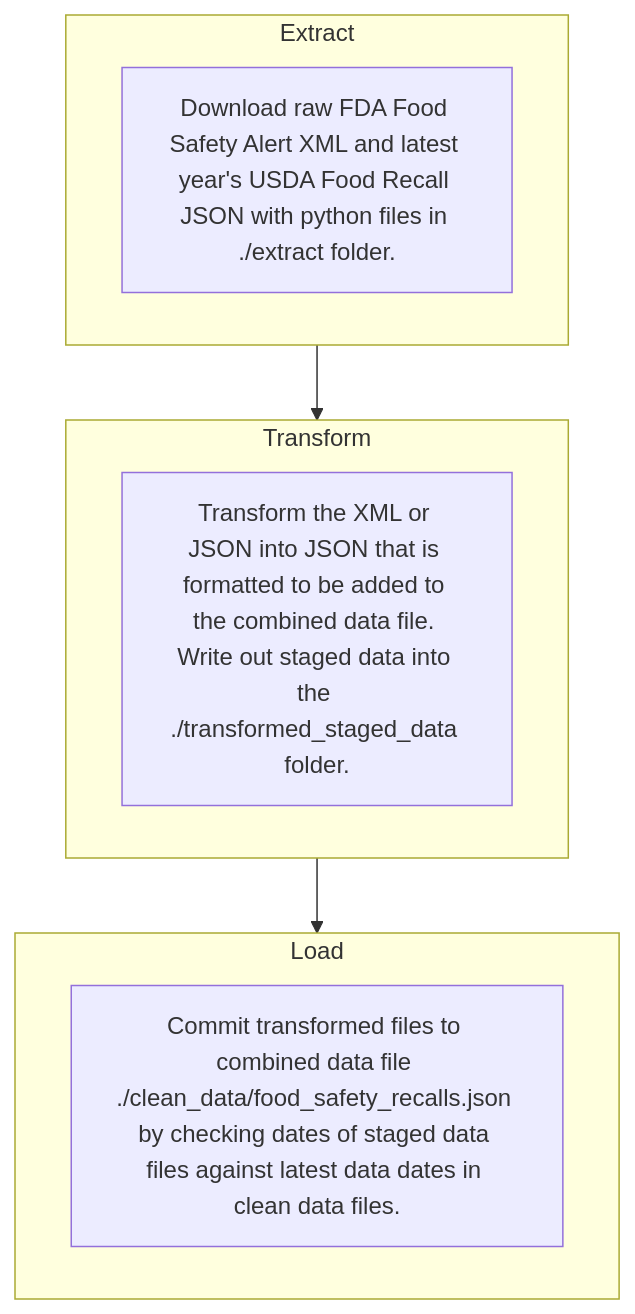
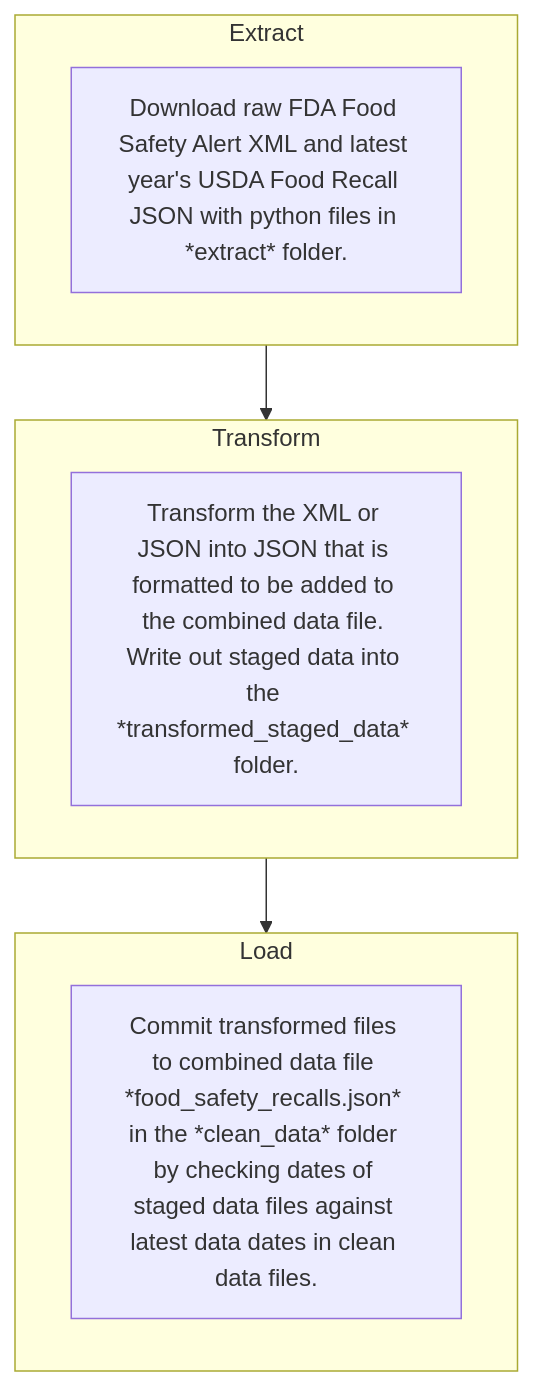
Before and after one commit to anesta95/food_safety_recalls: the diagram in README.md, drawn with Mermaid.

Commit message:
Update flowchart in README.md

````diff
--- a/README.md
+++ b/README.md
@@ -5,14 +5,14 @@
 ```mermaid
 flowchart TB
     subgraph Extract
-    A[Download raw FDA Food Safety Alert XML and latest year's USDA Food Recall JSON with python files in ./extract folder.]
+    A[Download raw FDA Food Safety Alert XML and latest year's USDA Food Recall JSON with python files in *extract* folder.]
     end
     subgraph Transform
-    B[Transform the XML or JSON into JSON that is formatted to be added to the combined data file. Write out staged data into the ./transformed_staged_data folder.]
+    B[Transform the XML or JSON into JSON that is formatted to be added to the combined data file. Write out staged data into the *transformed_staged_data* folder.]
     end
     subgraph Load
-    C[Commit transformed files to combined data file ./clean_data/food_safety_recalls.json by checking dates of staged data files against latest data dates in clean data files.]
+    C[Commit transformed files to combined data file *food_safety_recalls.json* in the *clean_data* folder by checking dates of staged data files against latest data dates in clean data files.]
     end
     Extract --> Transform
     Transform --> Load
 ```
````
